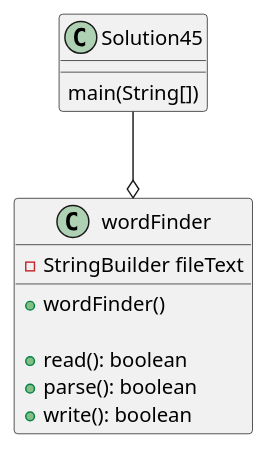
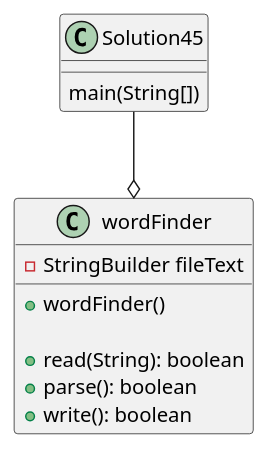
Before and after one commit to Cesar-Hernandez-1/hernandez-a04: the diagram in exercise45/docs/Solution45.puml, drawn with PlantUML. The commit also changed 4 other files, not shown here.

```diff
--- a/exercise45/docs/Solution45.puml
+++ b/exercise45/docs/Solution45.puml
@@ -1,23 +1,23 @@
 @startuml
 class Solution45{
     main(String[])
     'wordFinder app = new wordFinder()
-    'app.read()
+    'app.read(String)
     'app.parse()
     'app.write()
 }
 
 class wordFinder{
     'attributes
     - StringBuilder fileText
 
     'methods
     + wordFinder()
 
-    + read(): boolean
+    + read(String): boolean
     + parse(): boolean
     + write(): boolean
 }
 
 Solution45 --o wordFinder
 @enduml
```
